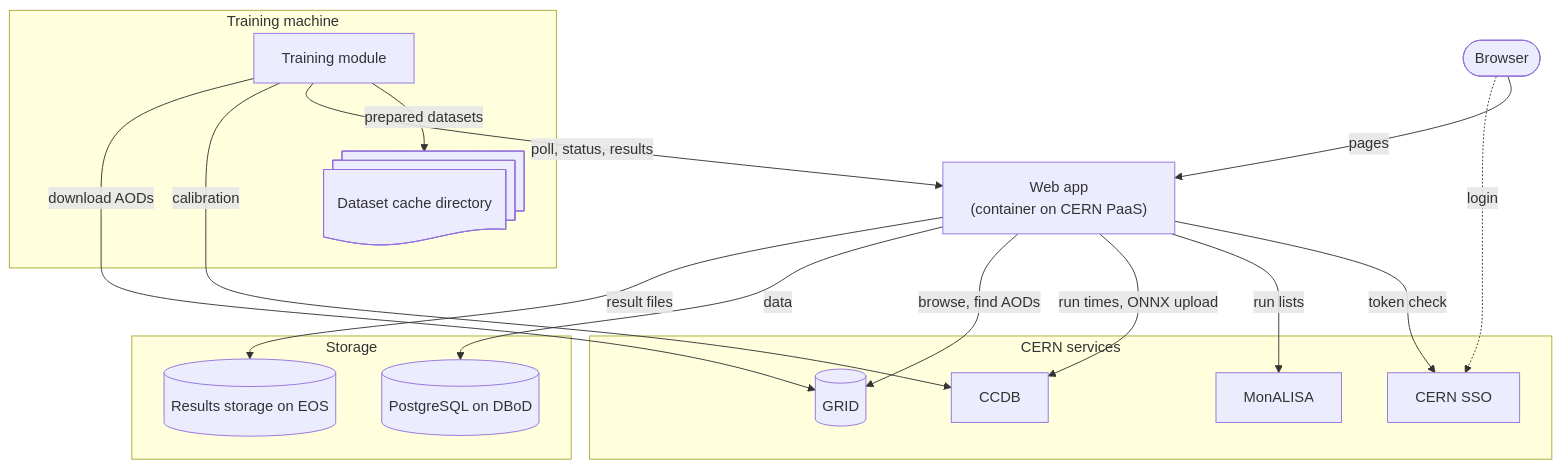
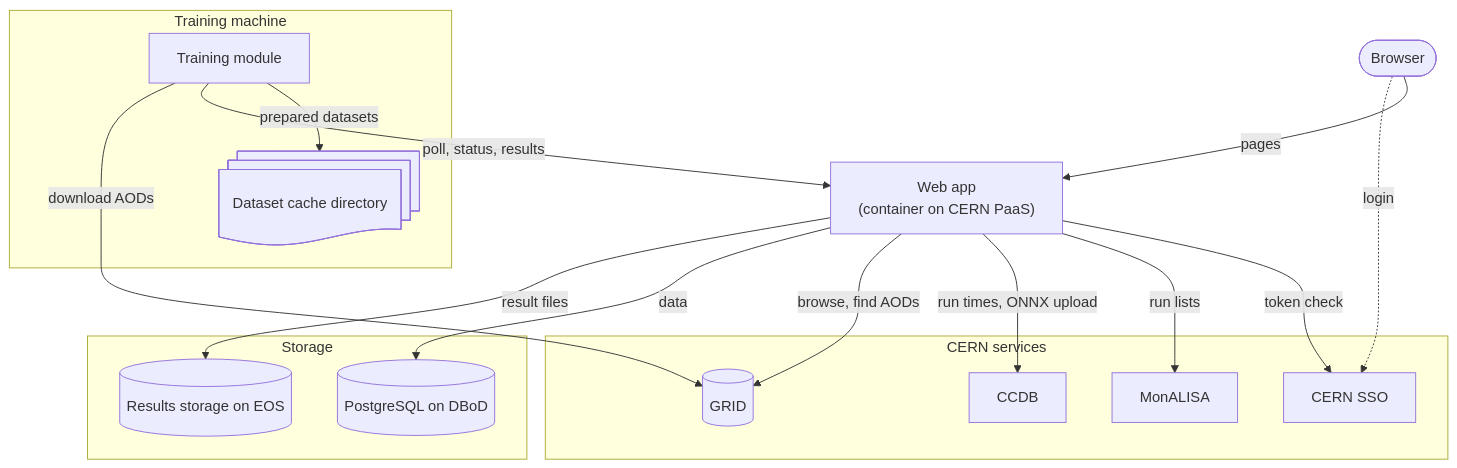
Before and after one commit to mytkom/AliceTraINT: the first of 2 diagrams in docs/3-development/1-architecture.md, drawn with Mermaid. The commit also changed other lines of this file, not shown here.

Commit message:
docs: drop the calibration connection from the architecture diagram

````diff
--- a/docs/3-development/1-architecture.md
+++ b/docs/3-development/1-architecture.md
@@ -11,33 +11,32 @@
 ```mermaid
 flowchart TB
   accTitle: System architecture
-  accDescr: The browser and the training modules call the web app, and the browser logs in at CERN SSO. The web app stores data in PostgreSQL and result files on EOS, and calls CERN SSO, the GRID through JAliEn, MonALISA and CCDB. Training modules download AOD files from the GRID, read calibration from CCDB and keep prepared datasets as files in a dataset cache directory on the training machine.
+  accDescr: The browser and the training modules call the web app, and the browser logs in at CERN SSO. The web app stores data in PostgreSQL and result files on EOS, and calls CERN SSO, the GRID through JAliEn, MonALISA and CCDB. Training modules download AOD files from the GRID and keep prepared datasets as files in a dataset cache directory on the training machine.
 
   browser([Browser])
   subgraph machine[Training machine]
     module[Training module] -->|prepared datasets| cache@{ shape: docs, label: "Dataset cache directory" }
   end
   web["Web app<br>(container on CERN PaaS)"]
   subgraph services[CERN services]
     sso[CERN SSO]
     monalisa[MonALISA]
     ccdb[CCDB]
     grid[(GRID)]
   end
   subgraph storage[Storage]
     db[(PostgreSQL on DBoD)]
     eos[(Results storage on EOS)]
   end
 
   browser -->|pages| web
   browser -.->|login| sso
   module -->|poll, status, results| web
-  module -->|calibration| ccdb
   module -->|download AODs| grid
   web -->|token check| sso
   web -->|run lists| monalisa
   web -->|run times, ONNX upload| ccdb
   web -->|browse, find AODs| grid
   web -->|data| db
   web -->|result files| eos
 ```
````
